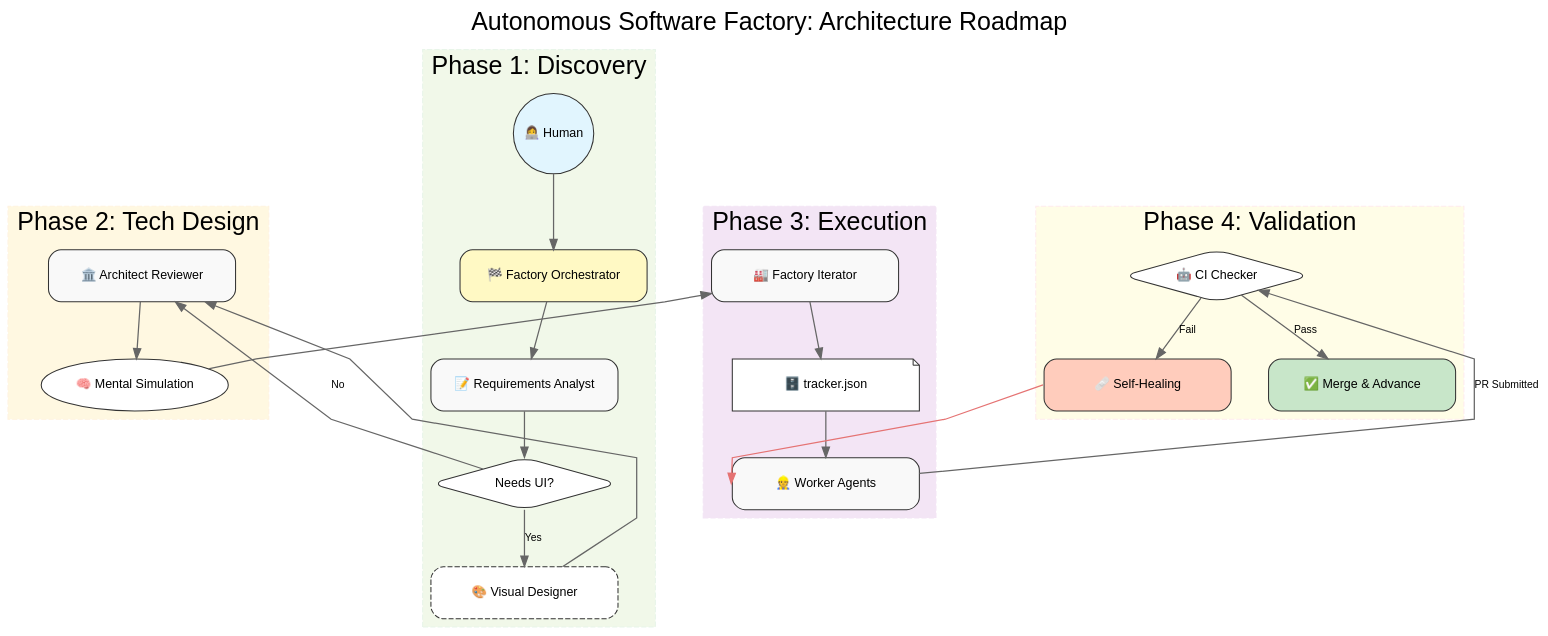
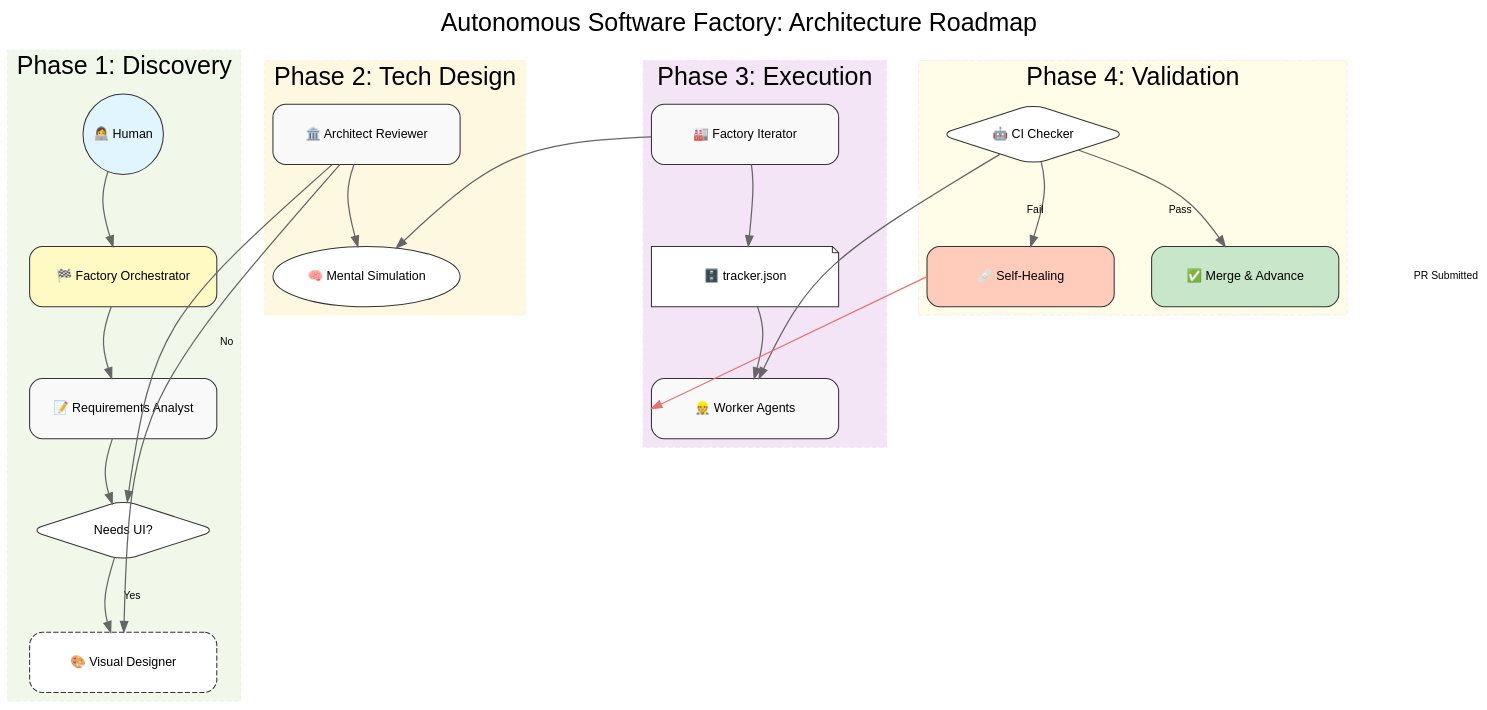
One commit to tibame201020/app-generator changed the diagram in docs/workflow-diagram.qmd. Above: the diagram before and after it, drawn with Graphviz.

Commit message:
docs: improve workflow diagram with curved lines and strict L-R phase order

````diff
--- a/docs/workflow-diagram.qmd
+++ b/docs/workflow-diagram.qmd
@@ -15,9 +15,9 @@
     graph [
         rankdir=TB,
         nodesep=0.5,
-        ranksep=0.6,         // 垂直間距
-        splines=polyline,
-        pad=0.2,
+        ranksep=0.8,
+        splines=curved,      // 使用圓滑曲線
+        pad=0.3,
         bgcolor="transparent",
         center=true,
         newrank=true
@@ -36,7 +36,7 @@
         color="#333333",
         fontsize=12,
         width=2.5,
-        height=0.7,
+        height=0.8,
         margin=0.1
     ]
     
@@ -47,35 +47,39 @@
         penwidth=1.2
     ]
 
-    // --- 定義 Phase 主軸 (建立穩定的橫向間隔) ---
-    // 使用一組同 Rank 的主導節點，並給予相同的 minlen 與 weight
-    { rank=same; Orch; Arch; Iter; CI_Gate }
+    // --- 嚴格的相位定位 (由左至右) ---
+    // 建立 4 個不可見的定位點節點，強制它們在同一水平排開
+    { rank=same; Phase1_Mark; Phase2_Mark; Phase3_Mark; Phase4_Mark }
+    Phase1_Mark [shape=none, width=0, height=0, label="", style=invis]
+    Phase2_Mark [shape=none, width=0, height=0, label="", style=invis]
+    Phase3_Mark [shape=none, width=0, height=0, label="", style=invis]
+    Phase4_Mark [shape=none, width=0, height=0, label="", style=invis]
+    
+    // 強制左至右順序並加大間距
+    Phase1_Mark -> Phase2_Mark [style=invis, minlen=4]
+    Phase2_Mark -> Phase3_Mark [style=invis, minlen=4]
+    Phase3_Mark -> Phase4_Mark [style=invis, minlen=4]
 
-    // 強制橫向主軸，minlen=3 確保間距，weight 確保直線
-    Orch -> Arch [style=invis, minlen=3, weight=100]
-    Arch -> Iter [style=invis, minlen=3, weight=100]
-    Iter -> CI_Gate [style=invis, minlen=3, weight=100]
-
-    // --- Phase 1: Discovery (Group A) ---
+    // --- Phase 1: Discovery (左欄) ---
     subgraph cluster_0 {
         label = "Phase 1: Discovery";
         color = "#e8f5e9";
         style = "filled,dashed";
         fillcolor = "#f1f8e9";
         
-        // 使用 group 屬性強迫垂直節點對齊成直線
         node [group=g1]
+        { rank=same; Phase1_Mark; Human }
+        Human [shape=circle, label="👩‍💻 Human", fillcolor="#e1f5fe", width=1.0, height=1.0]
         Orch [label="🏁 Factory Orchestrator", fillcolor="#fff9c4"]
         ReqA [label="📝 Requirements Analyst"]
         D_UI [shape=diamond, label="Needs UI?", fillcolor="#ffffff"]
         VisD [label="🎨 Visual Designer", style="filled,dashed,rounded", fillcolor="#ffffff"]
         
-        Human [shape=circle, label="👩‍💻 Human", fillcolor="#e1f5fe", width=1.0, height=1.0]
         Human -> Orch -> ReqA -> D_UI
         D_UI -> VisD [label="Yes"]
     }
 
-    // --- Phase 2: Tech Design (Group B) ---
+    // --- Phase 2: Tech Design (中左欄) ---
     subgraph cluster_1 {
         label = "Phase 2: Tech Design";
         color = "#fff3e0";
@@ -83,13 +87,14 @@
         fillcolor = "#fff8e1";
         
         node [group=g2]
+        { rank=same; Phase2_Mark; Arch }
         Arch [label="🏛️ Architect Reviewer"]
         Sim  [label="🧠 Mental Simulation", shape=ellipse, fillcolor="#ffffff"]
         
         Arch -> Sim
     }
 
-    // --- Phase 3: Execution (Group C) ---
+    // --- Phase 3: Execution (中右欄) ---
     subgraph cluster_2 {
         label = "Phase 3: Execution";
         color = "#f3e5f5";
@@ -97,6 +102,7 @@
         fillcolor = "#f3e5f5";
         
         node [group=g3]
+        { rank=same; Phase3_Mark; Iter }
         Iter [label="🏭 Factory Iterator"]
         Track [label="🗄️ tracker.json", shape=note, fillcolor="#ffffff"]
         Work [label="👷 Worker Agents"]
@@ -104,7 +110,7 @@
         Iter -> Track -> Work
     }
 
-    // --- Phase 4: Validation (Group D) ---
+    // --- Phase 4: Validation (右欄) ---
     subgraph cluster_3 {
         label = "Phase 4: Validation";
         color = "#ffebee";
@@ -112,6 +118,7 @@
         fillcolor = "#fffde7";
 
         node [group=g4]
+        { rank=same; Phase4_Mark; CI_Gate }
         CI_Gate [label="🤖 CI Checker", shape=diamond, fillcolor="#ffffff"]
         Rep     [label="🩹 Self-Healing", fillcolor="#ffccbc"]
         Merg    [label="✅ Merge & Advance", fillcolor="#c8e6c9"]
@@ -120,14 +127,14 @@
         CI_Gate -> Rep [label="Fail"]
     }
 
-    // --- 實質跨 Phase 連接邏輯 (不參與階層計算以避免拉扯) ---
+    // --- 跨 Phase 連接邏輯 (由左至右推進) ---
     edge [constraint=false]
     D_UI -> Arch [label="No"]
     VisD -> Arch
     Sim -> Iter
     Work -> CI_Gate [label="PR Submitted"]
     
-    // 回饋迴路
+    // 回饋迴路 (曲線)
     Rep -> Work [color="#e57373", tailport=w, headport=w]
 }
 ```
````
